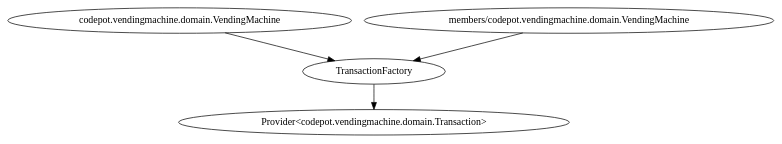
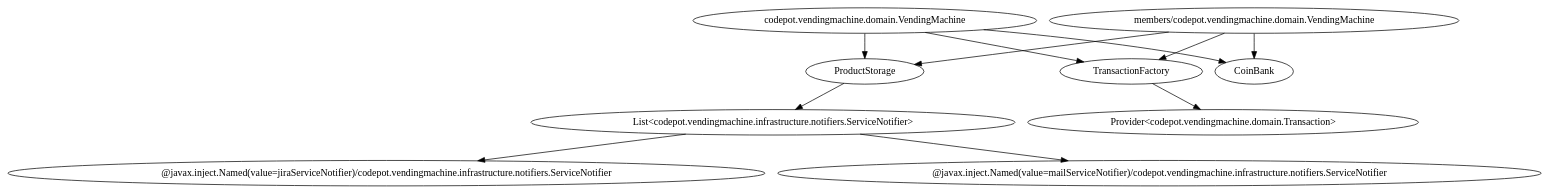
The diagram in build/classes/main/generated/codepot/vendingmachine/infrastructure/VendingMachineModule.dot (pawelszymczyk/codepot-vending-machine), drawn with Graphviz before and after one commit. The commit also changed 14 other files, not shown here.

```diff
--- a/build/classes/main/generated/codepot/vendingmachine/infrastructure/VendingMachineModule.dot
+++ b/build/classes/main/generated/codepot/vendingmachine/infrastructure/VendingMachineModule.dot
@@ -1,9 +1,19 @@
 digraph G1 {
   concentrate = true;
-  n2 [label="Provider<codepot.vendingmachine.domain.Transaction>"];
-  TransactionFactory -> n2;
-  n3 [label="codepot.vendingmachine.domain.VendingMachine"];
-  n3 -> TransactionFactory;
-  n4 [label="members/codepot.vendingmachine.domain.VendingMachine"];
-  n4 -> TransactionFactory;
+  n2 [label="List<codepot.vendingmachine.infrastructure.notifiers.ServiceNotifier>"];
+  n3 [label="@javax.inject.Named(value=jiraServiceNotifier)/codepot.vendingmachine.infrastructure.notifiers.ServiceNotifier"];
+  n2 -> n3;
+  n4 [label="@javax.inject.Named(value=mailServiceNotifier)/codepot.vendingmachine.infrastructure.notifiers.ServiceNotifier"];
+  n2 -> n4;
+  ProductStorage -> n2;
+  n5 [label="Provider<codepot.vendingmachine.domain.Transaction>"];
+  TransactionFactory -> n5;
+  n6 [label="codepot.vendingmachine.domain.VendingMachine"];
+  n6 -> CoinBank;
+  n6 -> ProductStorage;
+  n6 -> TransactionFactory;
+  n7 [label="members/codepot.vendingmachine.domain.VendingMachine"];
+  n7 -> CoinBank;
+  n7 -> ProductStorage;
+  n7 -> TransactionFactory;
 }
```
